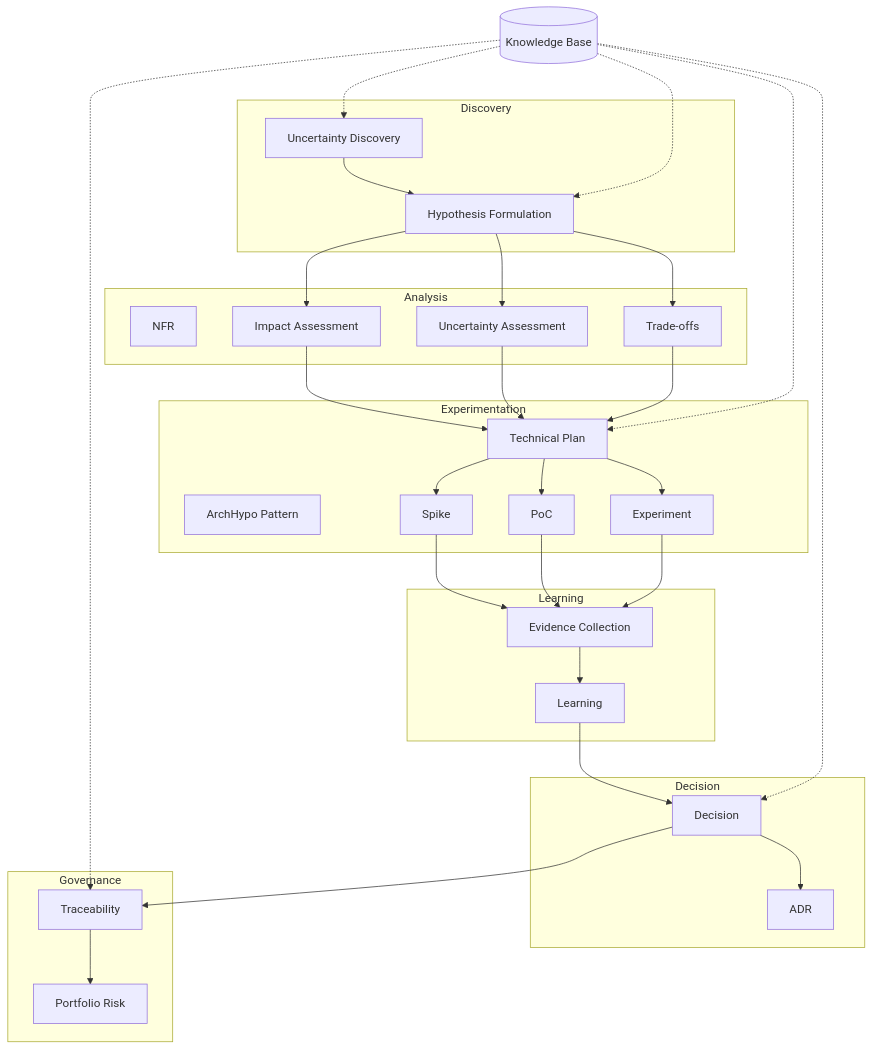
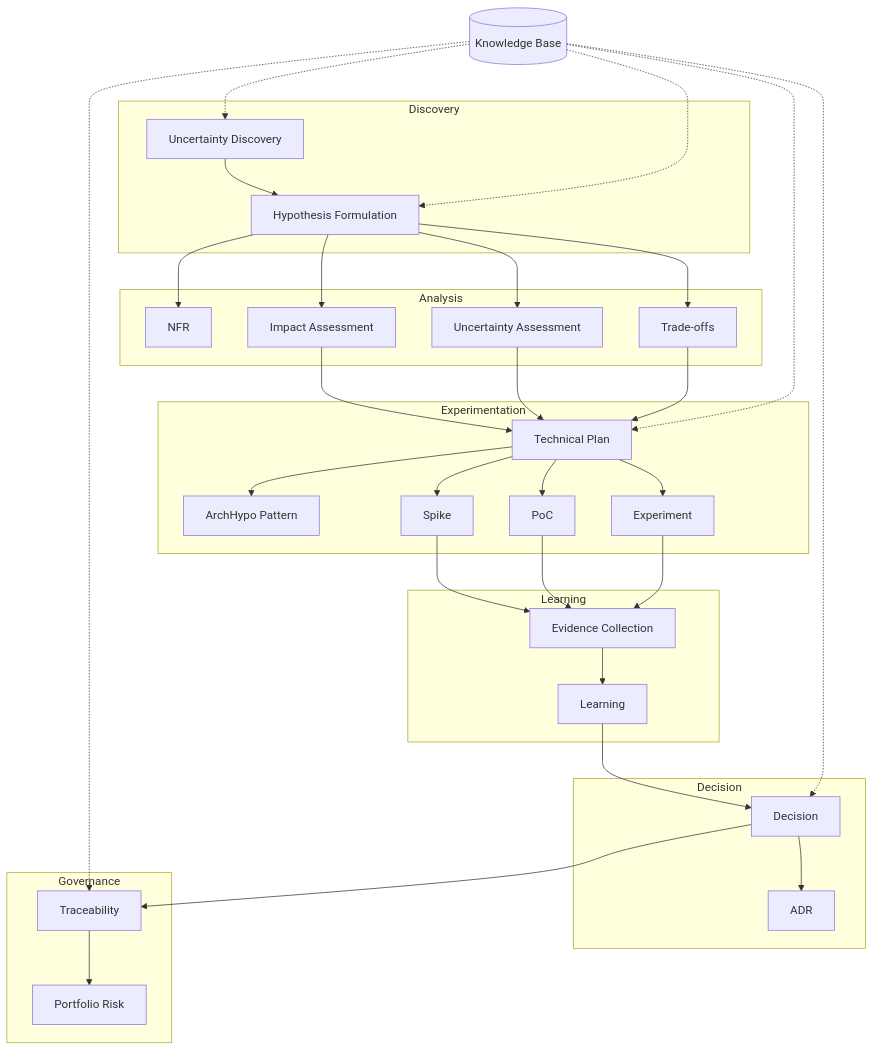
Before and after one commit to jonathancs-tester/ArchHypoTrelloExperiment: the first of 2 diagrams in CRAU.md, drawn with Mermaid.

Commit message:
Add new transitions to CRAU.md

````diff
--- a/CRAU.md
+++ b/CRAU.md
@@ -26,74 +26,76 @@
 ```mermaid
 flowchart TB
 
 subgraph Discovery["Discovery"]
     U[Uncertainty Discovery]
     H[Hypothesis Formulation]
 end
 
 subgraph Analysis["Analysis"]
     NFR[NFR ]
     IA[Impact Assessment ]
     UA[Uncertainty Assessment ]
     TA[Trade-offs]
 end
 
 subgraph Experimentation["Experimentation"]
     TP[Technical Plan]
     AP[ArchHypo Pattern]
     S[Spike]
     P[PoC]
     EX[Experiment]
 end
 
 subgraph Learning["Learning"]
     EC[Evidence Collection]
     LA[Learning]
 end
 
 subgraph Decision["Decision"]
     DA[Decision]
     ADR[ADR]
 end
 
 subgraph Governance["Governance"]
     TR[Traceability]
     PR[Portfolio Risk]
 end
 
 U --> H
 
+H --> NFR
 H --> IA
 H --> UA
 H --> TA
 
 IA --> TP
 UA --> TP
 TA --> TP
 
+TP --> AP
 TP --> S
 TP --> P
 TP --> EX
 
 S --> EC
 P --> EC
 EX --> EC
 
 EC --> LA
 
 LA --> DA
 
 DA --> ADR
 DA --> TR
 
 TR --> PR
 
 %% Cross-cutting concern
 KB[(Knowledge Base)]
 
 KB -.-> U
 KB -.-> H
 KB -.-> TP
 KB -.-> DA
 KB -.-> TR
 ```
````
